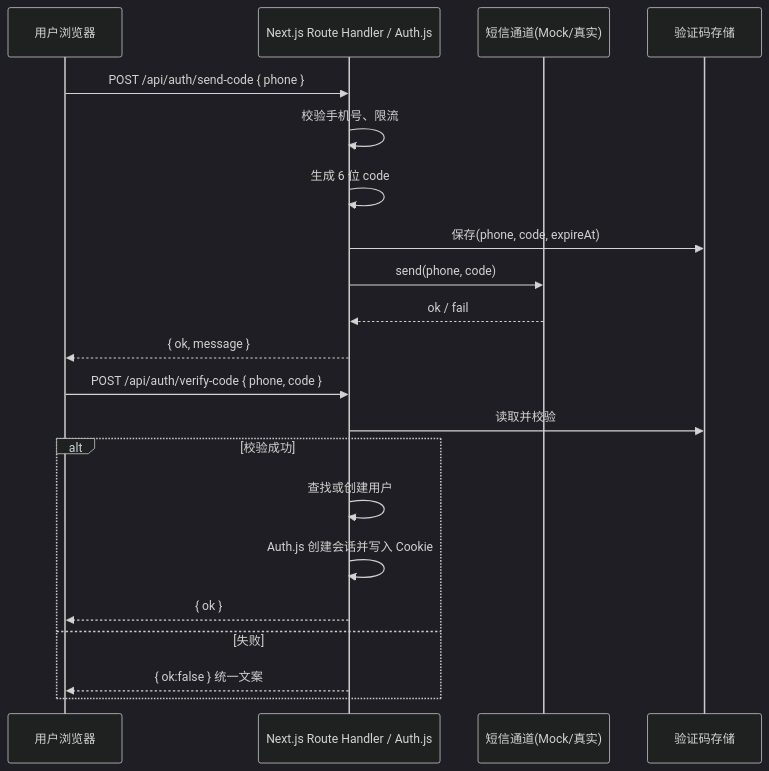
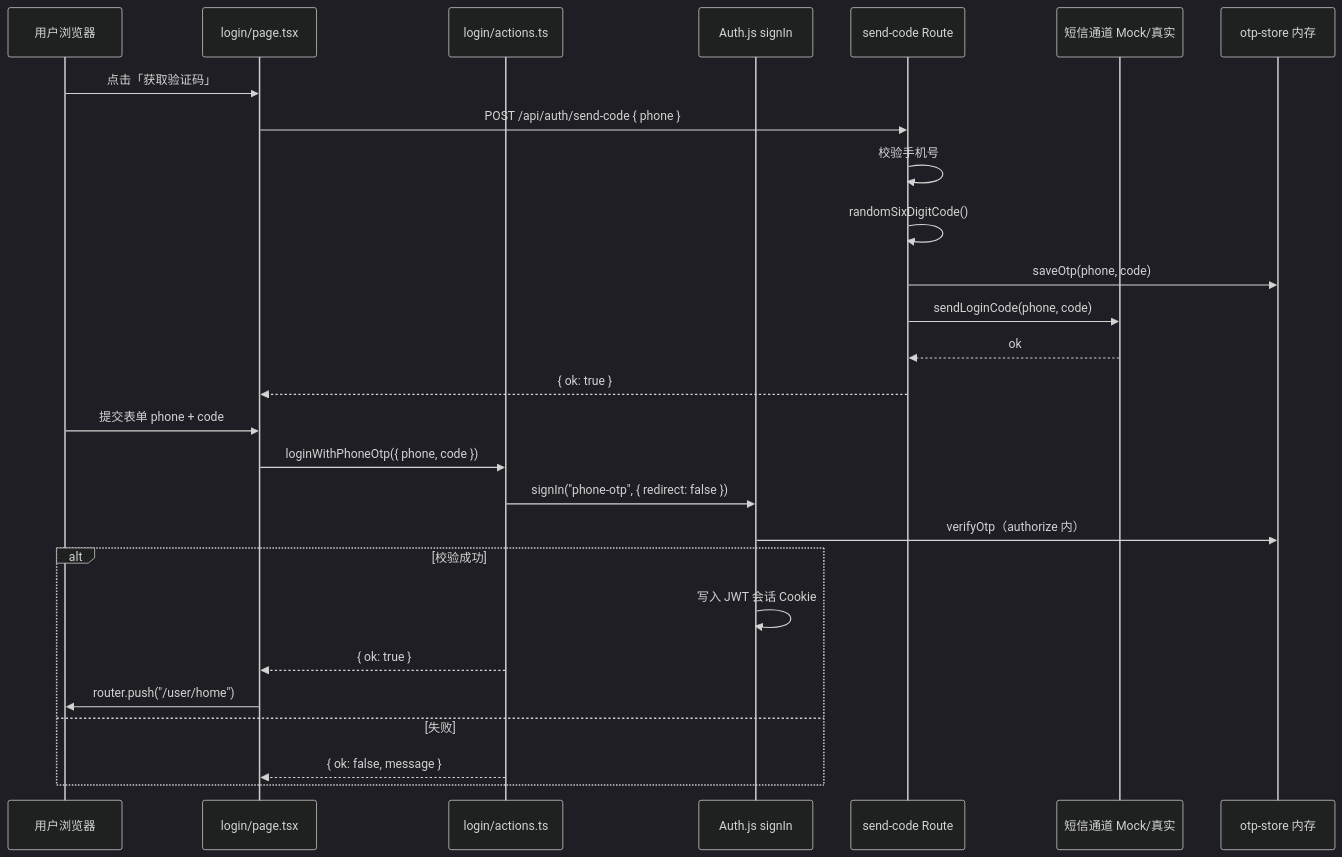
Before and after one commit to songrunyu060-cpu/book-app: the diagram in docs/手机号验证码登录-学习与实现流程.md, drawn with Mermaid (dark theme). The commit also changed other lines of this file and 12 other files, not shown here.

````diff
--- a/docs/手机号验证码登录-学习与实现流程.md
+++ b/docs/手机号验证码登录-学习与实现流程.md
@@ -76,25 +71,31 @@
 ```mermaid
 sequenceDiagram
   participant U as 用户浏览器
-  participant API as Next.js Route Handler / Auth.js
-  participant SMS as 短信通道(Mock/真实)
-  participant Store as 验证码存储
+  participant Page as login/page.tsx
+  participant Action as login/actions.ts
+  participant Auth as Auth.js signIn
+  participant API as send-code Route
+  participant SMS as 短信通道 Mock/真实
+  participant Store as otp-store 内存
 
-  U->>API: POST /api/auth/send-code { phone }
-  API->>API: 校验手机号、限流
-  API->>API: 生成 6 位 code
-  API->>Store: 保存(phone, code, expireAt)
-  API->>SMS: send(phone, code)
-  SMS-->>API: ok / fail
-  API-->>U: { ok, message }
+  U->>Page: 点击「获取验证码」
+  Page->>API: POST /api/auth/send-code { phone }
+  API->>API: 校验手机号
+  API->>API: randomSixDigitCode()
+  API->>Store: saveOtp(phone, code)
+  API->>SMS: sendLoginCode(phone, code)
+  SMS-->>API: ok
+  API-->>Page: { ok: true }
 
-  U->>API: POST /api/auth/verify-code { phone, code }
-  API->>Store: 读取并校验
+  U->>Page: 提交表单 phone + code
+  Page->>Action: loginWithPhoneOtp({ phone, code })
+  Action->>Auth: signIn("phone-otp", { redirect: false })
+  Auth->>Store: verifyOtp（authorize 内）
   alt 校验成功
-    API->>API: 查找或创建用户
-    API->>API: Auth.js 创建会话并写入 Cookie
-    API-->>U: { ok }
+    Auth->>Auth: 写入 JWT 会话 Cookie
+    Action-->>Page: { ok: true }
+    Page->>U: router.push("/user/home")
   else 失败
-    API-->>U: { ok:false } 统一文案
+    Action-->>Page: { ok: false, message }
   end
 ```
````
